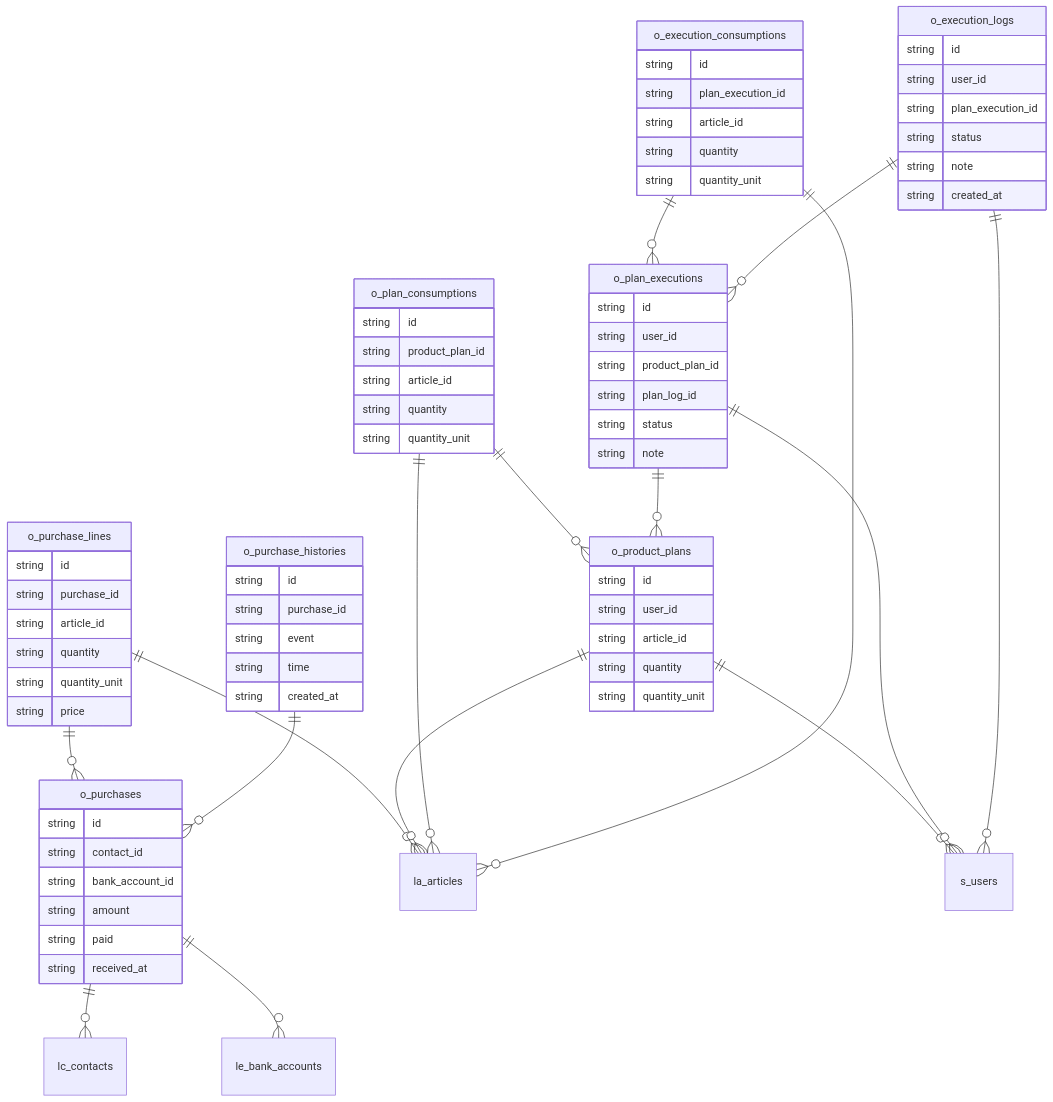
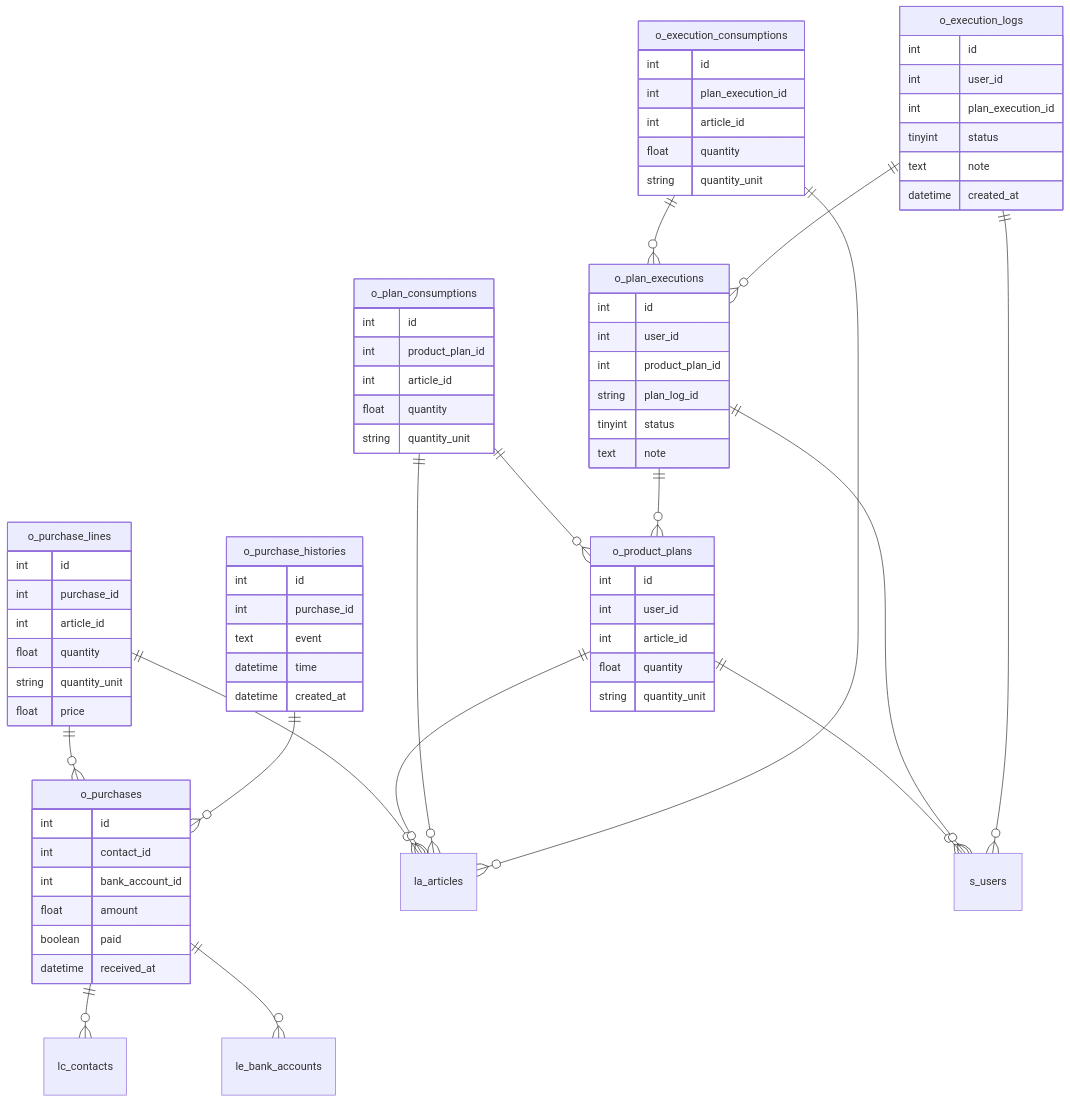
One commit to grey-dev-0/oaters changed the diagram in docs/database/onyx-diagram.md. Above: the diagram before and after it, drawn with Mermaid. The commit also changed 11 other files, not shown here.

````diff
--- a/docs/database/onyx-diagram.md
+++ b/docs/database/onyx-diagram.md
@@ -3,79 +3,79 @@
 ```mermaid
 erDiagram
     o_purchases {
-        string id
-        string contact_id
-        string bank_account_id
-        string amount
-        string paid
-        string received_at
+        int id
+        int contact_id
+        int bank_account_id
+        float amount
+        boolean paid
+        datetime received_at
     }
     o_purchase_lines {
-        string id
-        string purchase_id
-        string article_id
-        string quantity
+        int id
+        int purchase_id
+        int article_id
+        float quantity
         string quantity_unit
-        string price
+        float price
     }
     o_purchase_histories {
-        string id
-        string purchase_id
-        string event
-        string time
-        string created_at
+        int id
+        int purchase_id
+        text event
+        datetime time
+        datetime created_at
     }
     o_product_plans {
-        string id
-        string user_id
-        string article_id
-        string quantity
+        int id
+        int user_id
+        int article_id
+        float quantity
         string quantity_unit
     }
     o_plan_consumptions {
-        string id
-        string product_plan_id
-        string article_id
-        string quantity
+        int id
+        int product_plan_id
+        int article_id
+        float quantity
         string quantity_unit
     }
     o_plan_executions {
-        string id
-        string user_id
-        string product_plan_id
+        int id
+        int user_id
+        int product_plan_id
         string plan_log_id
-        string status
-        string note
+        tinyint status
+        text note
     }
     o_execution_consumptions {
-        string id
-        string plan_execution_id
-        string article_id
-        string quantity
+        int id
+        int plan_execution_id
+        int article_id
+        float quantity
         string quantity_unit
     }
     o_execution_logs {
-        string id
-        string user_id
-        string plan_execution_id
-        string status
-        string note
-        string created_at
+        int id
+        int user_id
+        int plan_execution_id
+        tinyint status
+        text note
+        datetime created_at
     }
     o_purchases ||--o{ lc_contacts : ""
     o_purchases ||--o{ le_bank_accounts : ""
     o_purchase_lines ||--o{ o_purchases : ""
     o_purchase_lines ||--o{ la_articles : ""
     o_purchase_histories ||--o{ o_purchases : ""
     o_product_plans ||--o{ s_users : ""
     o_product_plans ||--o{ la_articles : ""
     o_plan_consumptions ||--o{ o_product_plans : ""
     o_plan_consumptions ||--o{ la_articles : ""
     o_plan_executions ||--o{ s_users : ""
     o_plan_executions ||--o{ o_product_plans : ""
     o_execution_consumptions ||--o{ o_plan_executions : ""
     o_execution_consumptions ||--o{ la_articles : ""
     o_execution_logs ||--o{ s_users : ""
     o_execution_logs ||--o{ o_plan_executions : ""
 
 ```
````
